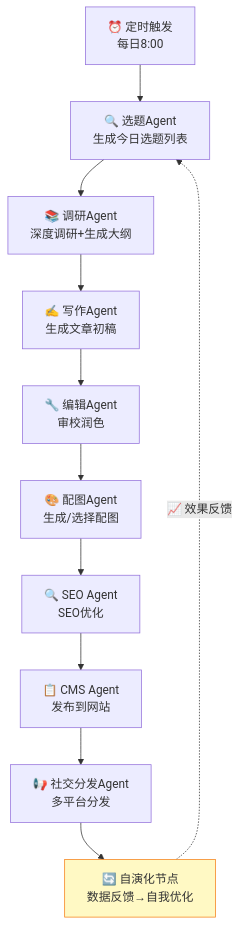
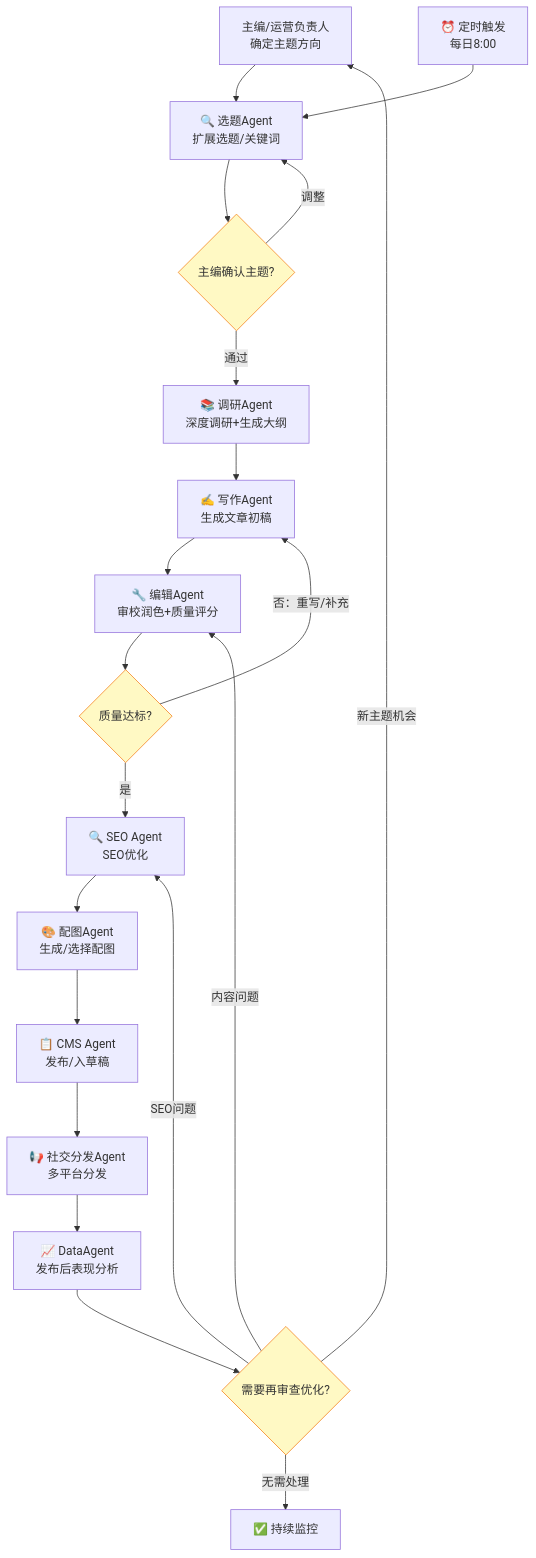
The second of 4 diagrams in 03-工作流编排.md (flyingsnowzz/Multi-Agent-Automatic-Operation-Website), drawn with Mermaid before and after one commit. The commit also changed other lines of this file and 15 other files, not shown here.

````diff
--- a/03-工作流编排.md
+++ b/03-工作流编排.md
@@ -123,18 +123,32 @@
 ```mermaid
 flowchart TB
+    CHIEF["主编/运营负责人<br/>确定主题方向"] --> TOPIC
     START["⏰ 定时触发<br/>每日8:00"] --> TOPIC
-    TOPIC["🔍 选题Agent<br/>生成今日选题列表"]
+    TOPIC["🔍 选题Agent<br/>扩展选题/关键词"]
+    APPROVE{"主编确认主题?"}
     RESEARCH["📚 调研Agent<br/>深度调研+生成大纲"]
     WRITER["✍️ 写作Agent<br/>生成文章初稿"]
-    EDITOR["🔧 编辑Agent<br/>审校润色"]
+    EDITOR["🔧 编辑Agent<br/>审校润色+质量评分"]
+    QUALITY{"质量达标?"}
     IMAGE["🎨 配图Agent<br/>生成/选择配图"]
     SEO["🔍 SEO Agent<br/>SEO优化"]
-    CMS["📋 CMS Agent<br/>发布到网站"]
+    CMS["📋 CMS Agent<br/>发布/入草稿"]
     SOCIAL["📢 社交分发Agent<br/>多平台分发"]
-    EVOLVE["🔄 自演化节点<br/>数据反馈→自我优化"]
+    DATA["📈 DataAgent<br/>发布后表现分析"]
+    RECHECK{"需要再审查优化?"}
 
-    TOPIC --> RESEARCH --> WRITER --> EDITOR --> IMAGE --> SEO --> CMS --> SOCIAL --> EVOLVE
-    EVOLVE -. "📈 效果反馈" .-> TOPIC
+    TOPIC --> APPROVE
+    APPROVE -->|"调整"| TOPIC
+    APPROVE -->|"通过"| RESEARCH
+    RESEARCH --> WRITER --> EDITOR --> QUALITY
+    QUALITY -->|"否：重写/补充"| WRITER
+    QUALITY -->|"是"| SEO --> IMAGE --> CMS --> SOCIAL --> DATA --> RECHECK
+    RECHECK -->|"内容问题"| EDITOR
+    RECHECK -->|"SEO问题"| SEO
+    RECHECK -->|"新主题机会"| CHIEF
+    RECHECK -->|"无需处理"| DONE["✅ 持续监控"]
 
-    style EVOLVE fill:#fff9c4,stroke:#f57f17
+    style APPROVE fill:#fff9c4,stroke:#f57f17
+    style QUALITY fill:#fff9c4,stroke:#f57f17
+    style RECHECK fill:#fff9c4,stroke:#f57f17
 ```
````
